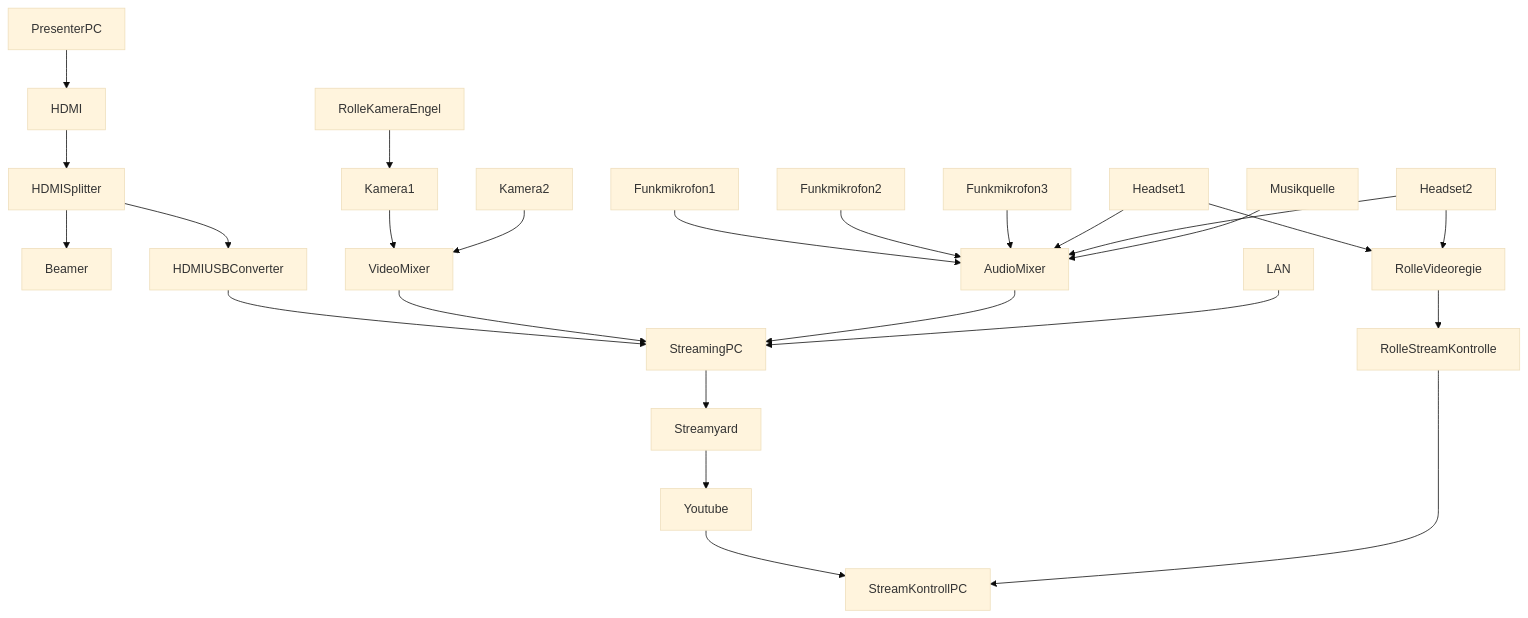
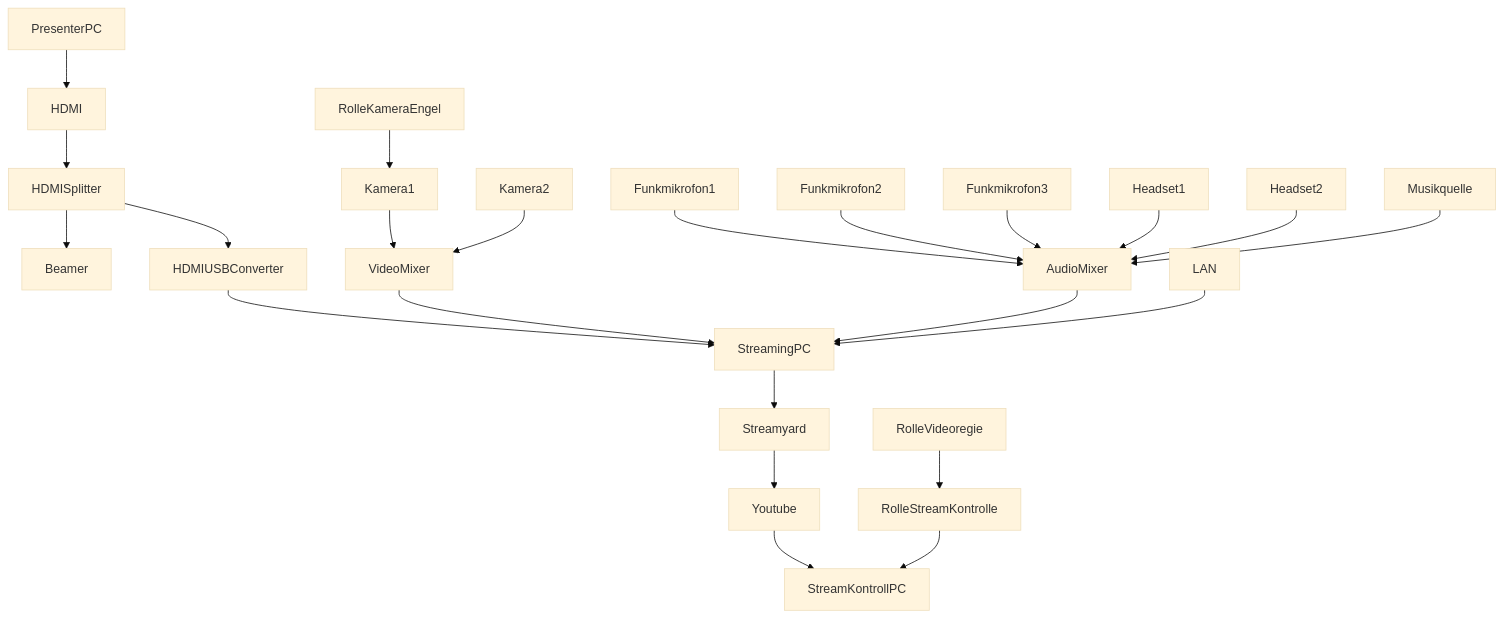
The first of 2 diagrams in loscon22/Readme.md (cogneon/digital-asset-pool), drawn with Mermaid (base theme) before and after one commit.

````diff
--- a/loscon22/Readme.md
+++ b/loscon22/Readme.md
@@ -18,27 +18,25 @@
 ```mermaid
   graph TD;
       PresenterPC-->HDMI;
       HDMI-->HDMISplitter;
       HDMISplitter-->Beamer;
       HDMISplitter-->HDMIUSBConverter;
       HDMIUSBConverter-->StreamingPC;
       Funkmikrofon1-->AudioMixer;
       Funkmikrofon2-->AudioMixer;
       Funkmikrofon3-->AudioMixer;
       Headset1-->AudioMixer;
       Headset2-->AudioMixer;
       Musikquelle-->AudioMixer;
       Kamera1-->VideoMixer;
       RolleKameraEngel-->Kamera1;
       Kamera2-->VideoMixer;
       VideoMixer-->StreamingPC;
       AudioMixer-->StreamingPC;
       LAN-->StreamingPC;
       StreamingPC-->Streamyard;
       Streamyard-->Youtube;
       Youtube-->StreamKontrollPC;
-      Headset1-->RolleVideoregie;
-      Headset2-->RolleVideoregie;
       RolleVideoregie-->RolleStreamKontrolle;
       RolleStreamKontrolle-->StreamKontrollPC;
 ```
````
